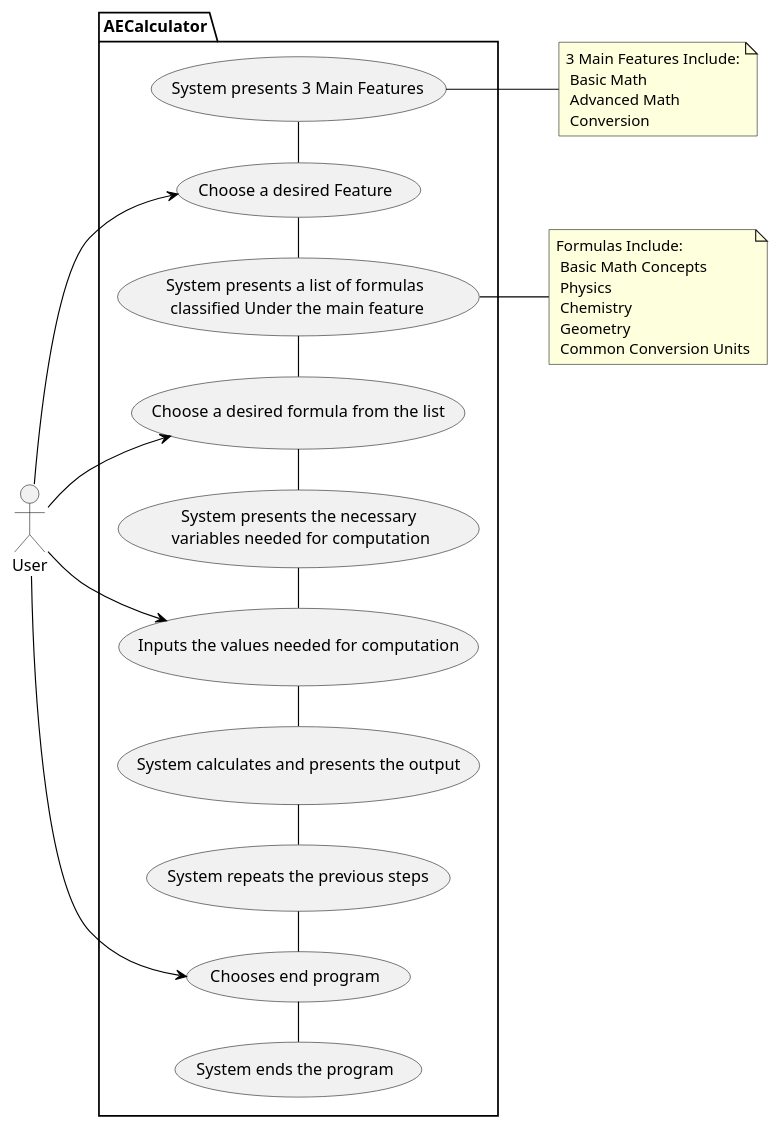
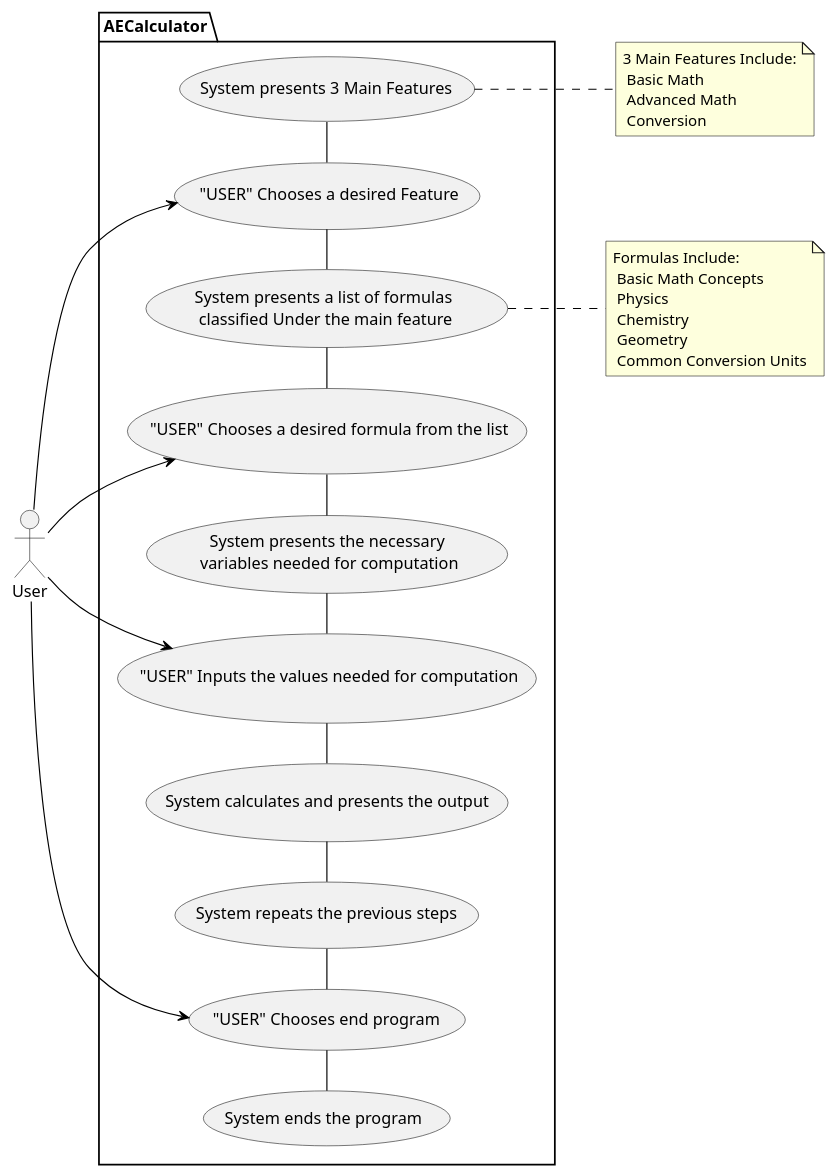
The diagram in LXRequirementAECalculator.puml (Jeydii07/OOGreenProject), drawn with PlantUML before and after one commit.

```diff
--- a/LXRequirementAECalculator.puml
+++ b/LXRequirementAECalculator.puml
@@ -1,50 +1,50 @@
 @startuml
 left to right direction
 skinparam style strictuml
 skinparam classAttributeIconSize 0
 skinparam classFontColor black
 skinparam classFontStyle bold
 hide empty members
 
 skinparam class {
 
 BackgroundColor White
 BorderColor black
 ArrowColor black
 }
 
 package AECalculator {
     usecase "System presents 3 Main Features" as I1
-    usecase "Choose a desired Feature" as I2
+    usecase " "USER" Chooses a desired Feature" as I2
     usecase "System presents a list of formulas\n classified Under the main feature" as I3
-    usecase "Choose a desired formula from the list" as I4
+    usecase " "USER" Chooses a desired formula from the list" as I4
     usecase "System presents the necessary\n variables needed for computation" as I5
-    usecase "Inputs the values needed for computation" as I6
+    usecase " "USER" Inputs the values needed for computation" as I6
     usecase "System calculates and presents the output" as I7
     usecase "System repeats the previous steps" as I8
-    usecase "Chooses end program" as I9
+    usecase " "USER" Chooses end program" as I9
     usecase "System ends the program" as I10
 
 }
 note "3 Main Features Include:\n Basic Math\n Advanced Math\n Conversion" as N1
 note "Formulas Include:\n Basic Math Concepts\n Physics\n Chemistry\n Geometry\n Common Conversion Units" as N2
 
 I1 -left- I2
 I2 -left- I3
 I3 -left- I4
 I4 -left- I5
 I5 -left- I6
 I6 -left- I7
 I7 -left- I8
 I8 -left- I9
 I9 -left- I10
 
 :User: --> I2
 :User: --> I4
 :User: --> I6
 :User: --> I9
 
-I1 -- N1
-I3 -- N2
+I1 .. N1
+I3 .. N2
 
 @enduml
```
